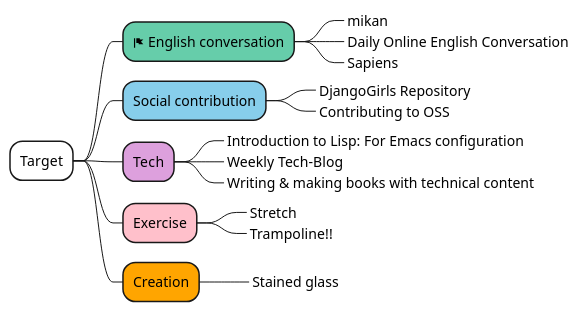
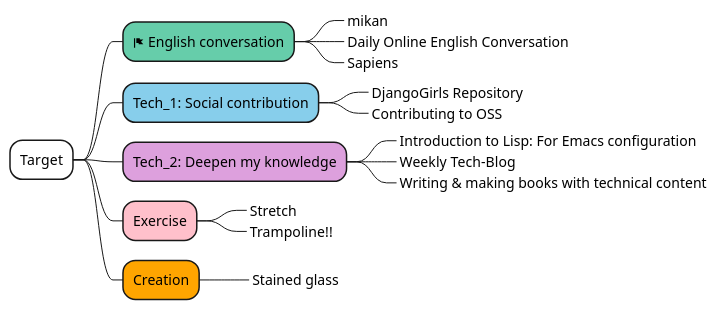
One commit to Ishizuka427/MindMap changed the diagram in test.puml. Above: the diagram before and after it, drawn with PlantUML. The commit also changed 1 other file, not shown here.

```diff
--- a/test.puml
+++ b/test.puml
@@ -1,19 +1,19 @@
 @startmindmap
 *[#white] Target
 **[#mediumaquamarine] <&flag> English conversation
 ***_ mikan
 ***_ Daily Online English Conversation
 ***_ Sapiens
-**[#skyblue] Social contribution
+**[#skyblue] Tech_1: Social contribution
 ***_ DjangoGirls Repository
 ***_ Contributing to OSS
-**[#plum] Tech
+**[#plum] Tech_2: Deepen my knowledge
 ***_ Introduction to Lisp: For Emacs configuration
 ***_ Weekly Tech-Blog
 ***_ Writing & making books with technical content
 **[#pink] Exercise
 ***_ Stretch
 ***_ Trampoline!!
 **[#orange] Creation
 ***_ Stained glass
 @endmindmap
```
